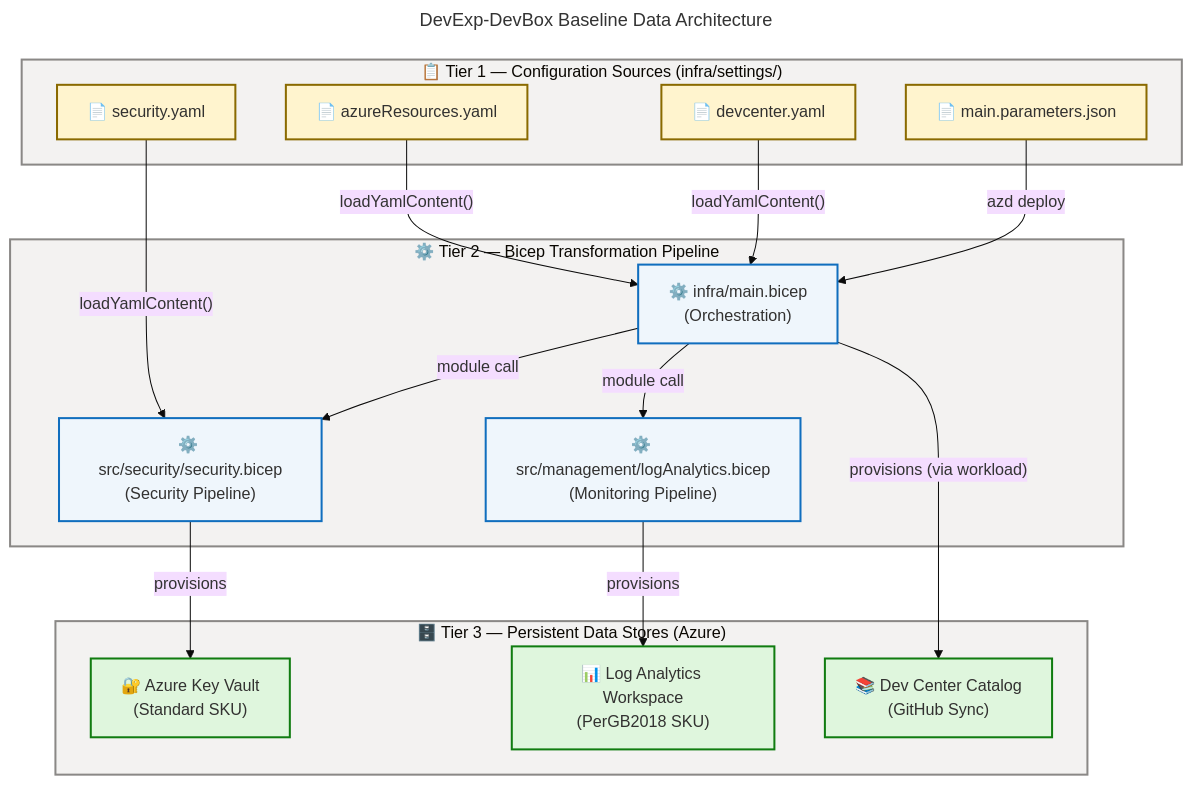
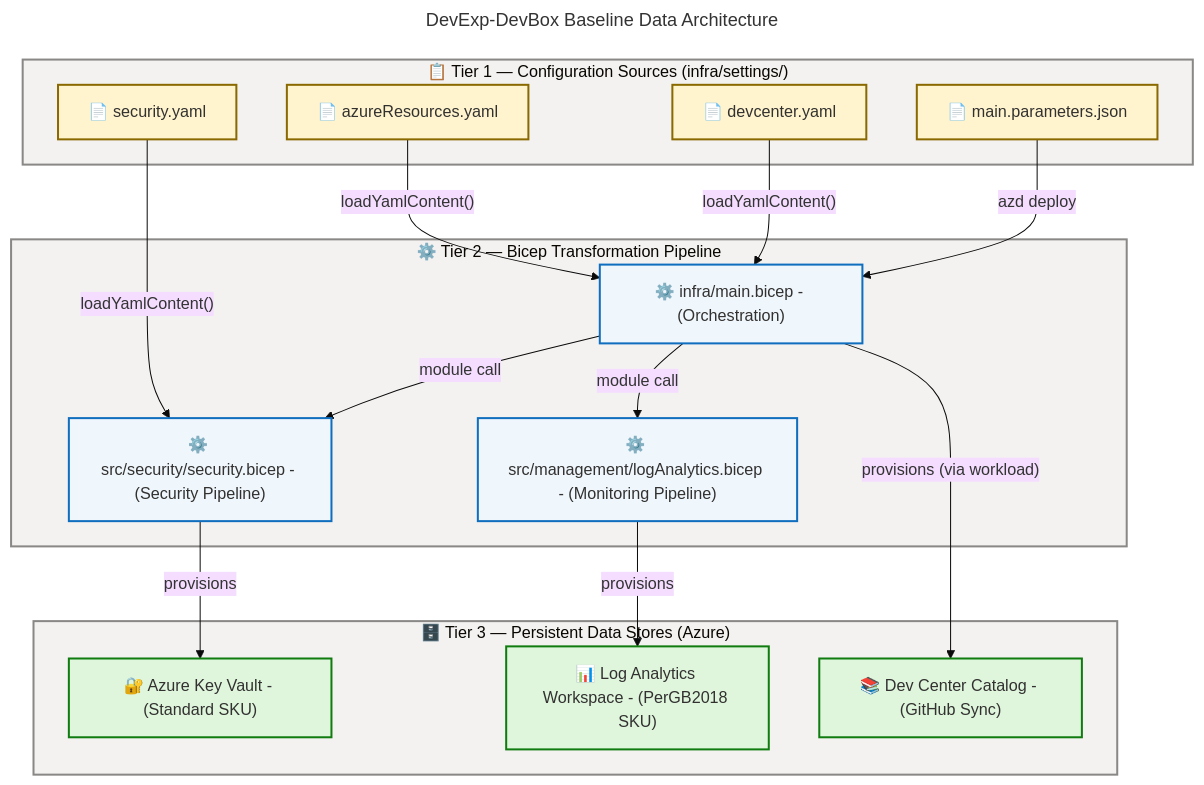
Before and after one commit to Evilazaro/DevExp-DevBox: the second of 3 diagrams in docs/architecture/data-architecture.md, drawn with Mermaid. The commit also changed other lines of this file, not shown here.

Commit message:
refactor: remove outdated YAML data layer analysis and improve flowchart descriptions for clarity

````diff
--- a/docs/architecture/data-architecture.md
+++ b/docs/architecture/data-architecture.md
@@ -464,68 +419,68 @@
 ```mermaid
 ---
 title: DevExp-DevBox Baseline Data Architecture
 config:
   theme: base
   look: classic
   layout: dagre
   themeVariables:
     fontSize: '16px'
 ---
 flowchart TD
     accTitle: DevExp-DevBox Baseline Data Architecture
     accDescr: Shows the three-tier baseline data architecture from configuration sources through Bicep transformation engine to Azure persistent data stores
 
     %% ═══════════════════════════════════════════════════════════════════════════
     %% AZURE / FLUENT ARCHITECTURE PATTERN v1.1
     %% (Semantic + Structural + Font + Accessibility Governance)
     %% ═══════════════════════════════════════════════════════════════════════════
     %% PHASE 1 - STRUCTURAL: Direction TD, flat topology, nesting = 1
     %% PHASE 2 - SEMANTIC: 4 semantic classes, neutral-first
     %% PHASE 3 - FONT: Dark text, contrast >= 4.5:1
     %% PHASE 4 - ACCESSIBILITY: accTitle/accDescr present
     %% PHASE 5 - STANDARD: Governance block, centralized classDefs
     %% ═══════════════════════════════════════════════════════════════════════════
 
     subgraph TIER1["📋 Tier 1 — Configuration Sources (infra/settings/)"]
         SECYAML["📄 security.yaml"]
         RESYAML["📄 azureResources.yaml"]
         DCYAML["📄 devcenter.yaml"]
         MAINPARAMS["📄 main.parameters.json"]
     end
 
     subgraph TIER2["⚙️ Tier 2 — Bicep Transformation Pipeline"]
-        MAINBICEP["⚙️ infra/main.bicep<br/>(Orchestration)"]
-        SECBICEP["⚙️ src/security/security.bicep<br/>(Security Pipeline)"]
-        MONBICEP["⚙️ src/management/logAnalytics.bicep<br/>(Monitoring Pipeline)"]
+        MAINBICEP["⚙️ infra/main.bicep - (Orchestration)"]
+        SECBICEP["⚙️ src/security/security.bicep - (Security Pipeline)"]
+        MONBICEP["⚙️ src/management/logAnalytics.bicep - (Monitoring Pipeline)"]
     end
 
     subgraph TIER3["🗄️ Tier 3 — Persistent Data Stores (Azure)"]
-        KV["🔐 Azure Key Vault<br/>(Standard SKU)"]
-        LAW["📊 Log Analytics Workspace<br/>(PerGB2018 SKU)"]
-        CATALOG["📚 Dev Center Catalog<br/>(GitHub Sync)"]
+        KV["🔐 Azure Key Vault - (Standard SKU)"]
+        LAW["📊 Log Analytics Workspace - (PerGB2018 SKU)"]
+        CATALOG["📚 Dev Center Catalog - (GitHub Sync)"]
     end
 
     SECYAML -->|"loadYamlContent()"| SECBICEP
     RESYAML -->|"loadYamlContent()"| MAINBICEP
     DCYAML -->|"loadYamlContent()"| MAINBICEP
     MAINPARAMS -->|"azd deploy"| MAINBICEP
 
     MAINBICEP -->|"module call"| SECBICEP
     MAINBICEP -->|"module call"| MONBICEP
 
     SECBICEP -->|"provisions"| KV
     MONBICEP -->|"provisions"| LAW
     MAINBICEP -->|"provisions (via workload)"| CATALOG
 
     style TIER1 fill:#F3F2F1,stroke:#8A8886,stroke-width:2px
     style TIER2 fill:#F3F2F1,stroke:#8A8886,stroke-width:2px
     style TIER3 fill:#F3F2F1,stroke:#8A8886,stroke-width:2px
 
     classDef config fill:#FFF4CE,stroke:#8A6A00,stroke-width:2px,color:#323130
     classDef pipeline fill:#EFF6FC,stroke:#106EBE,stroke-width:2px,color:#323130
     classDef store fill:#DFF6DD,stroke:#107C10,stroke-width:2px,color:#323130
 
     class SECYAML,RESYAML,DCYAML,MAINPARAMS config
     class MAINBICEP,SECBICEP,MONBICEP pipeline
     class KV,LAW,CATALOG store
 ```
````
